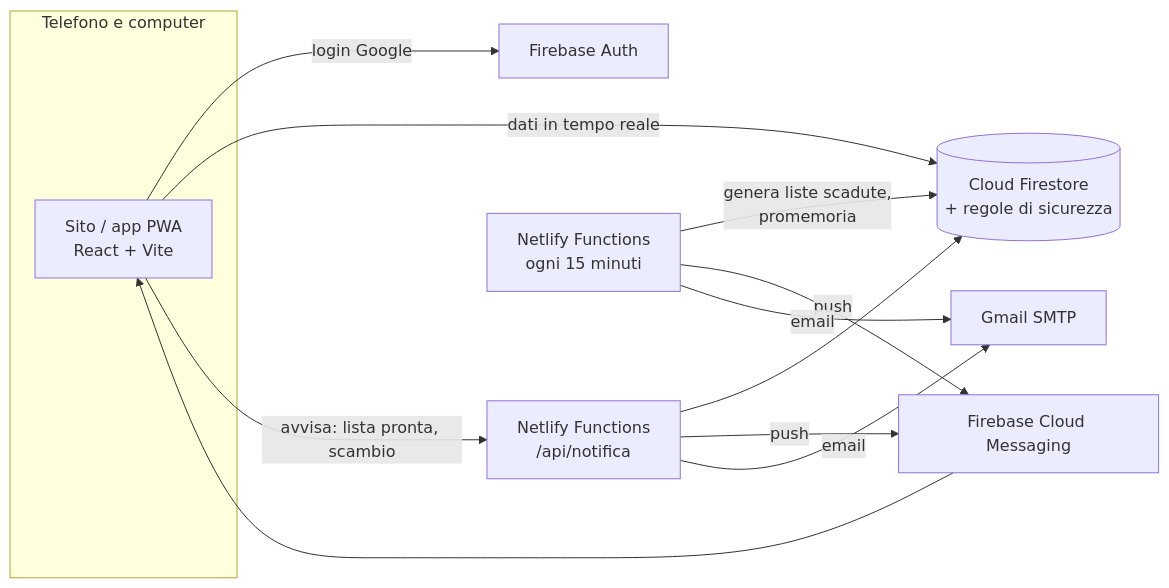
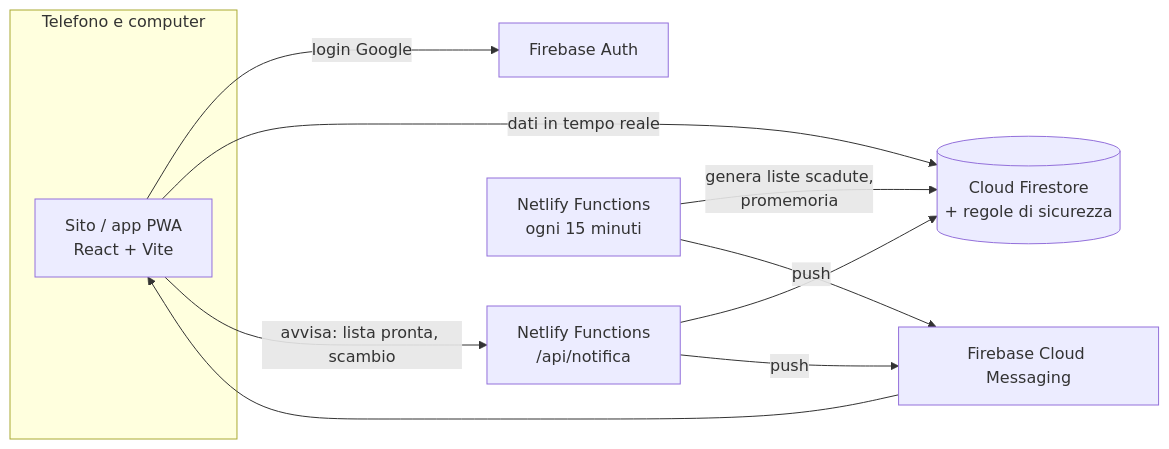
Before and after one commit to Sgabello-0/whosnext: the diagram in README.md, drawn with Mermaid. The commit also changed other lines of this file and 5 other files, not shown here.

````diff
--- a/README.md
+++ b/README.md
@@ -102,14 +103,13 @@
 ```mermaid
 flowchart LR
   subgraph Telefono e computer
     A[Sito / app PWA<br>React + Vite]
   end
   A -- login Google --> B[Firebase Auth]
   A -- dati in tempo reale --> C[(Cloud Firestore<br>+ regole di sicurezza)]
   A -- "avvisa: lista pronta, scambio" --> D[Netlify Functions<br>/api/notifica]
   E[Netlify Functions<br>ogni 15 minuti] -- genera liste scadute,<br>promemoria --> C
   D --> C
   D & E -- push --> F[Firebase Cloud Messaging]
-  D & E -- email --> G[Gmail SMTP]
   F --> A
 ```
````
